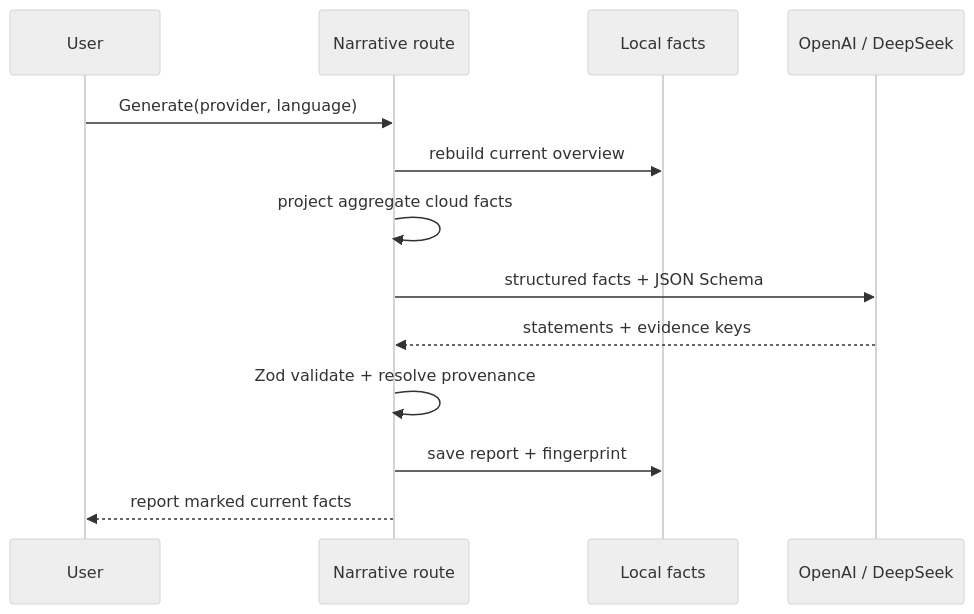
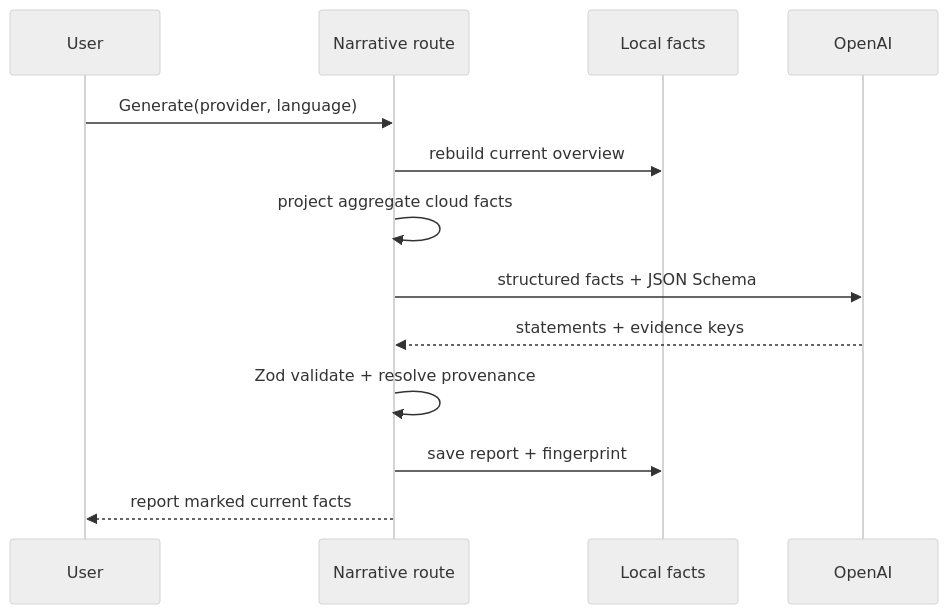
One commit to kenzoyan/aggregator changed the fifth of 5 diagrams in ARCHITECTURE.md. Above: the diagram before and after it, drawn with Mermaid (neutral theme). The commit also changed other lines of this file and 28 other files, not shown here.

````diff
--- a/ARCHITECTURE.md
+++ b/ARCHITECTURE.md
@@ -653,15 +655,15 @@
 ```mermaid
 sequenceDiagram
   participant U as User
   participant API as Narrative route
   participant DB as Local facts
-  participant AI as OpenAI / DeepSeek
+  participant AI as OpenAI
   U->>API: Generate(provider, language)
   API->>DB: rebuild current overview
   API->>API: project aggregate cloud facts
   API->>AI: structured facts + JSON Schema
   AI-->>API: statements + evidence keys
   API->>API: Zod validate + resolve provenance
   API->>DB: save report + fingerprint
   API-->>U: report marked current facts
 ```
````
